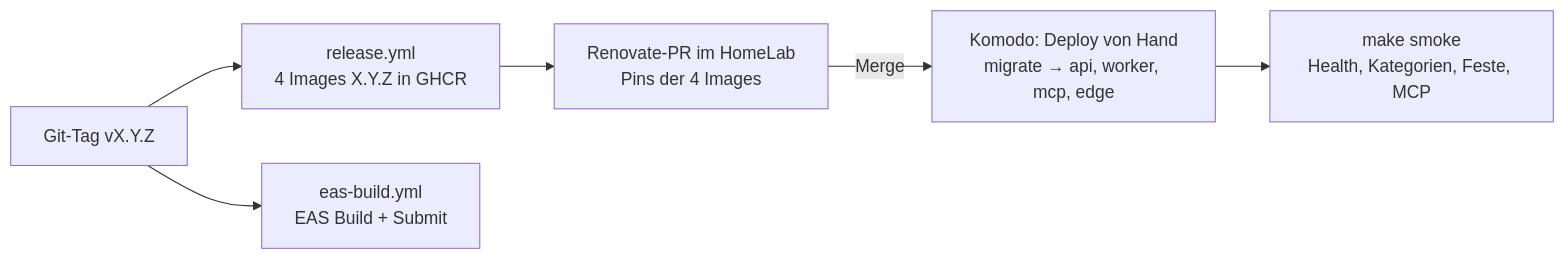
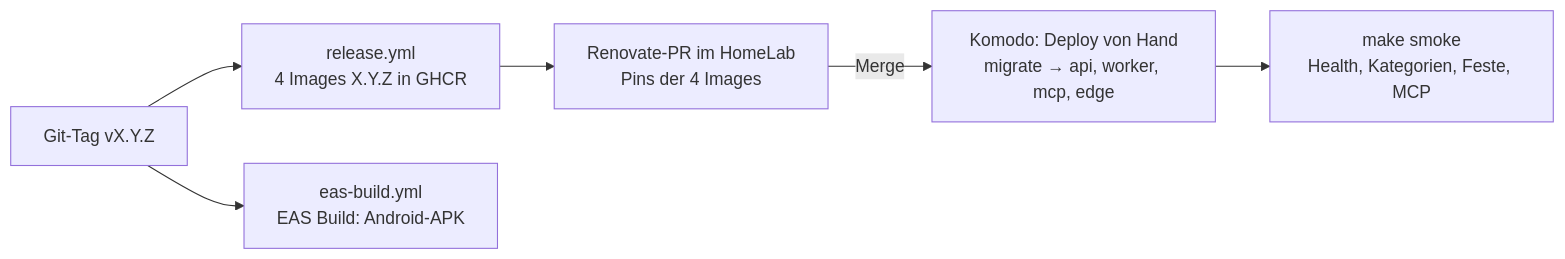
The third of 3 diagrams in 00-docs/20-architecture/system-architecture.md (Harpune/Stadtfest-Finder), drawn with Mermaid before and after one commit. The commit also changed 3 other files, not shown here.

First line of the commit message:
ci(R16): build an installable APK on release tags

````diff
--- a/00-docs/20-architecture/system-architecture.md
+++ b/00-docs/20-architecture/system-architecture.md
@@ -106,8 +106,8 @@
 ```mermaid
 flowchart LR
   TAG[Git-Tag vX.Y.Z] --> REL[release.yml<br/>4 Images X.Y.Z in GHCR]
   REL --> REN[Renovate-PR im HomeLab<br/>Pins der 4 Images]
   REN -->|Merge| DEP[Komodo: Deploy von Hand<br/>migrate → api, worker, mcp, edge]
   DEP --> SMK[make smoke<br/>Health, Kategorien, Feste, MCP]
-  TAG --> EAS[eas-build.yml<br/>EAS Build + Submit]
+  TAG --> EAS[eas-build.yml<br/>EAS Build: Android-APK]
 ```
````
